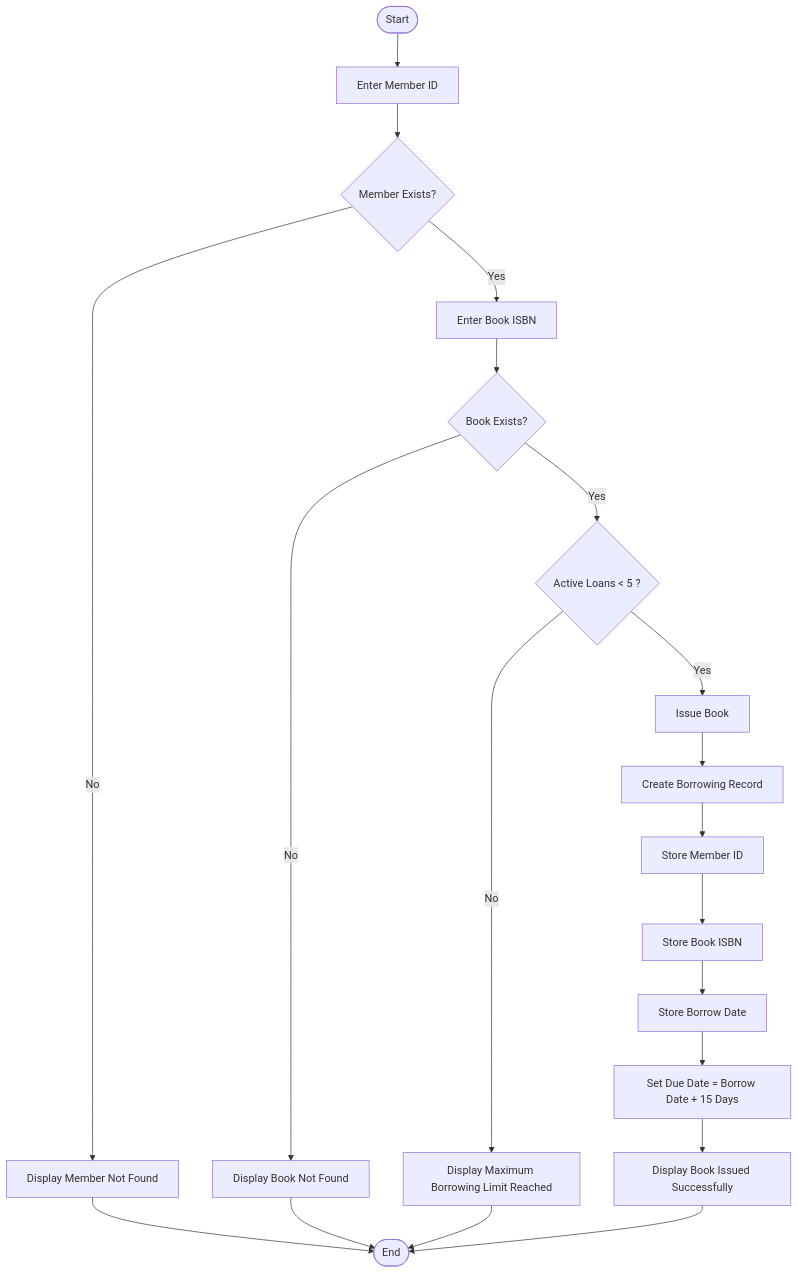
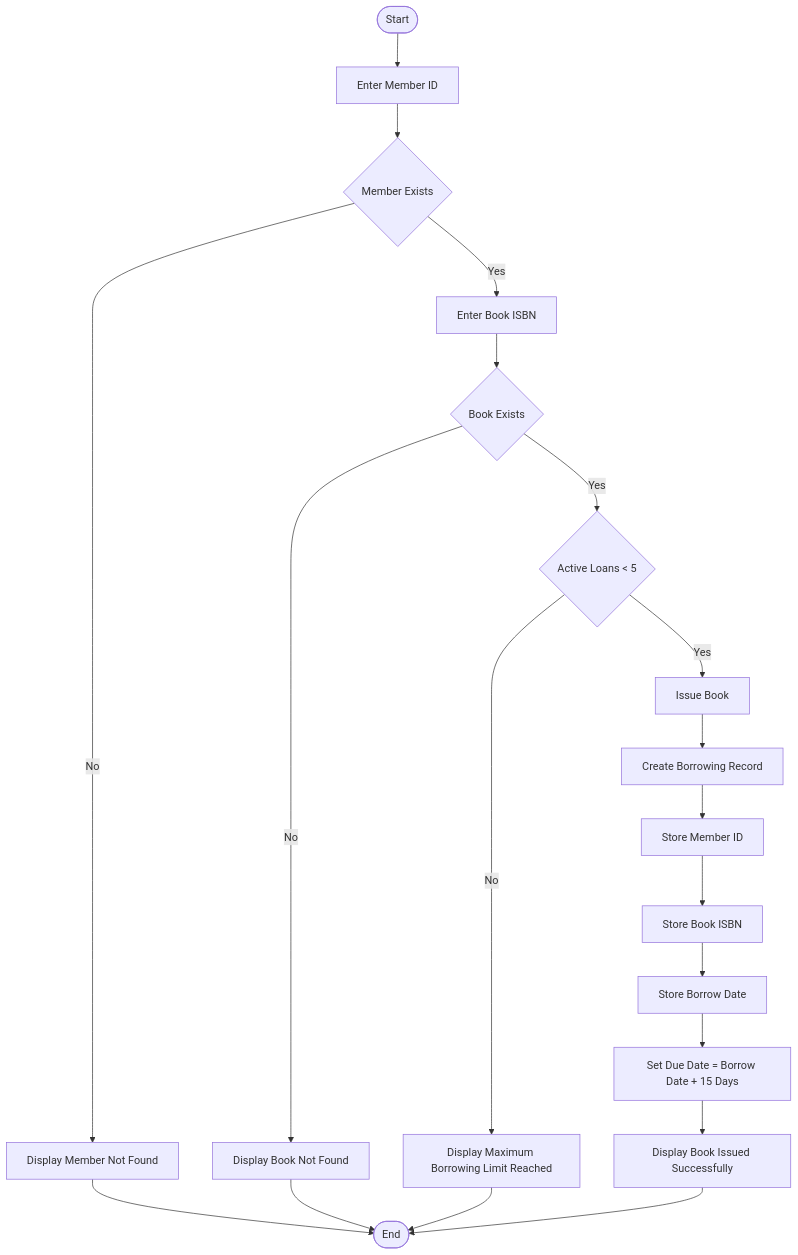
One commit to pdfrick-del/Brugg---Team-D changed the third of 3 diagrams in Flowchart - Librarian.md. Above: the diagram before and after it, drawn with Mermaid. The commit also changed other lines of this file, not shown here.

Commit message:
Update flowchart terminology for consistency

````diff
--- a/Flowchart - Librarian.md
+++ b/Flowchart - Librarian.md
@@ -102,35 +102,35 @@
 ```mermaid
 flowchart TD
 
 Start([Start]) --> A[Enter Member ID]
 
-A --> B{Member Exists?}
+A --> B{Member Exists}
 
 B -->|No| C[Display Member Not Found]
 C --> End([End])
 
 B -->|Yes| D[Enter Book ISBN]
 
-D --> E{Book Exists?}
+D --> E{Book Exists}
 
 E -->|No| F[Display Book Not Found]
 F --> End
 
-E -->|Yes| G{Active Loans < 5 ?}
+E -->|Yes| G{Active Loans < 5 }
 
 G -->|No| H[Display Maximum Borrowing Limit Reached]
 H --> End
 
 G -->|Yes| I[Issue Book]
 
 I --> J[Create Borrowing Record]
 
 J --> K[Store Member ID]
 K --> L[Store Book ISBN]
 L --> M[Store Borrow Date]
 M --> N[Set Due Date = Borrow Date + 15 Days]
 
 N --> O[Display Book Issued Successfully]
 
 O --> End
 ```
````
